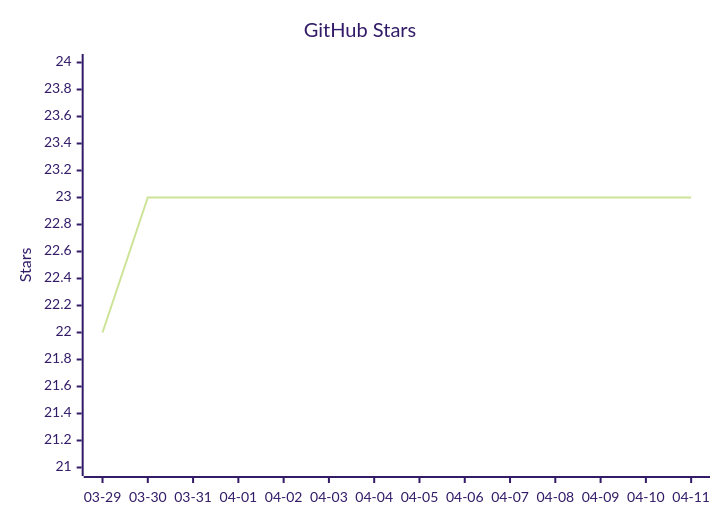
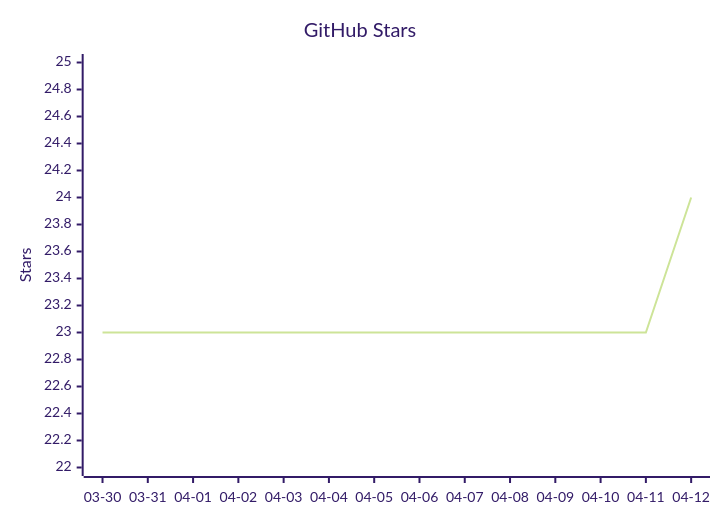
One commit to vectie/moonclaw changed the diagram in README.mbt.md. Above: the diagram before and after it, drawn with Mermaid (forest theme). The commit also changed other lines of this file and 1 other file, not shown here.

Commit message:
Update README star growth

````diff
--- a/README.mbt.md
+++ b/README.mbt.md
@@ -448,7 +448,7 @@
 ```mermaid
 xychart-beta
     title "GitHub Stars"
-    x-axis ["03-29","03-30","03-31","04-01","04-02","04-03","04-04","04-05","04-06","04-07","04-08","04-09","04-10","04-11"]
-    y-axis "Stars" 21 --> 24
-    line [22,23,23,23,23,23,23,23,23,23,23,23,23,23]
+    x-axis ["03-30","03-31","04-01","04-02","04-03","04-04","04-05","04-06","04-07","04-08","04-09","04-10","04-11","04-12"]
+    y-axis "Stars" 22 --> 25
+    line [23,23,23,23,23,23,23,23,23,23,23,23,23,24]
 ```
````
